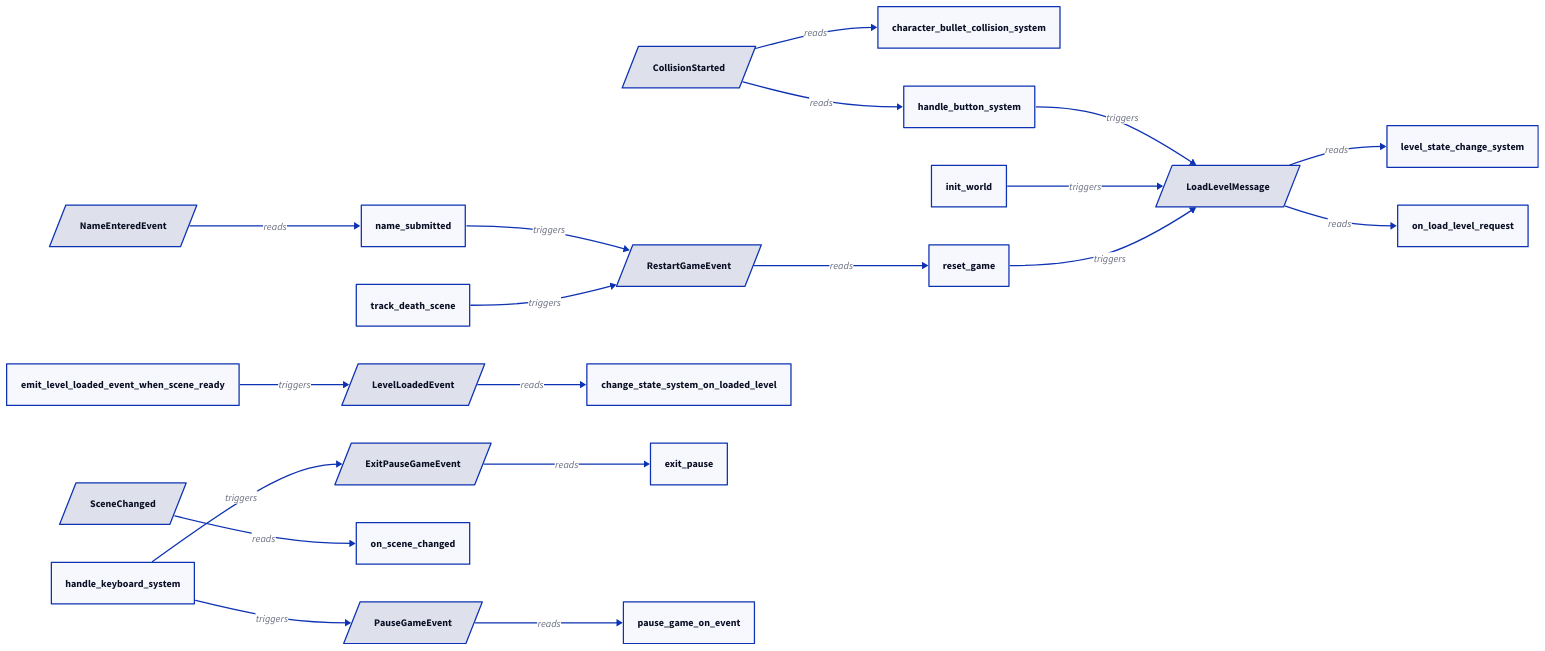
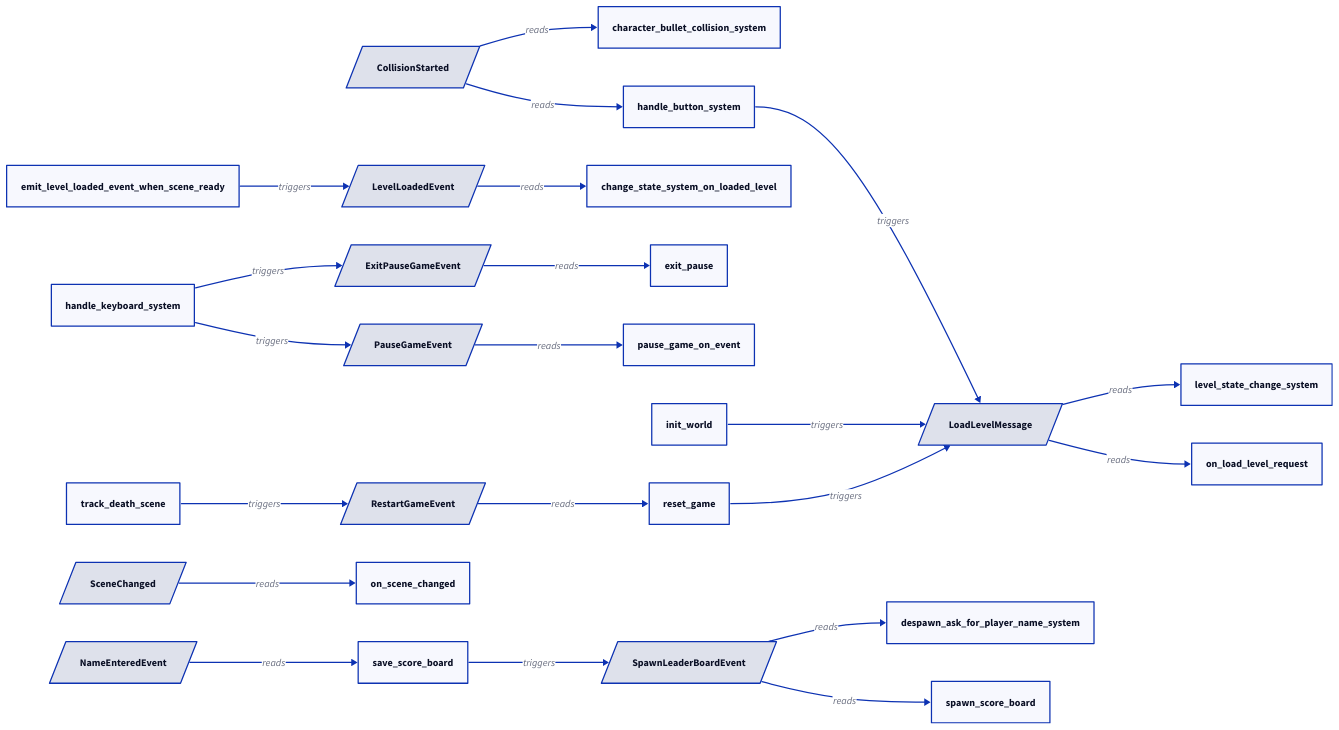
Before and after one commit to edizeqiri/BulletsOnWheels: the diagram in docs/events.d2, drawn with D2. The commit also changed 5 other files, not shown here.

Commit message:
chore: regenerate architecture diagrams

```diff
--- a/docs/events.d2
+++ b/docs/events.d2
@@ -1,44 +1,49 @@
 direction: right
 
 "CollisionStarted": { shape: parallelogram }
 "ExitPauseGameEvent": { shape: parallelogram }
 "LevelLoadedEvent": { shape: parallelogram }
 "LoadLevelMessage": { shape: parallelogram }
 "NameEnteredEvent": { shape: parallelogram }
 "PauseGameEvent": { shape: parallelogram }
 "RestartGameEvent": { shape: parallelogram }
 "SceneChanged": { shape: parallelogram }
+"SpawnLeaderBoardEvent": { shape: parallelogram }
 
 "change_state_system_on_loaded_level": { shape: rectangle }
 "character_bullet_collision_system": { shape: rectangle }
+"despawn_ask_for_player_name_system": { shape: rectangle }
 "emit_level_loaded_event_when_scene_ready": { shape: rectangle }
 "exit_pause": { shape: rectangle }
 "handle_button_system": { shape: rectangle }
 "handle_keyboard_system": { shape: rectangle }
 "init_world": { shape: rectangle }
 "level_state_change_system": { shape: rectangle }
-"name_submitted": { shape: rectangle }
 "on_load_level_request": { shape: rectangle }
 "on_scene_changed": { shape: rectangle }
 "pause_game_on_event": { shape: rectangle }
 "reset_game": { shape: rectangle }
+"save_score_board": { shape: rectangle }
+"spawn_score_board": { shape: rectangle }
 "track_death_scene": { shape: rectangle }
 
 "LevelLoadedEvent" -> "change_state_system_on_loaded_level": reads
 "CollisionStarted" -> "character_bullet_collision_system": reads
+"SpawnLeaderBoardEvent" -> "despawn_ask_for_player_name_system": reads
 "emit_level_loaded_event_when_scene_ready" -> "LevelLoadedEvent": triggers
 "ExitPauseGameEvent" -> "exit_pause": reads
 "CollisionStarted" -> "handle_button_system": reads
 "handle_button_system" -> "LoadLevelMessage": triggers
 "handle_keyboard_system" -> "ExitPauseGameEvent": triggers
 "handle_keyboard_system" -> "PauseGameEvent": triggers
 "init_world" -> "LoadLevelMessage": triggers
 "LoadLevelMessage" -> "level_state_change_system": reads
-"NameEnteredEvent" -> "name_submitted": reads
-"name_submitted" -> "RestartGameEvent": triggers
 "LoadLevelMessage" -> "on_load_level_request": reads
 "SceneChanged" -> "on_scene_changed": reads
 "PauseGameEvent" -> "pause_game_on_event": reads
 "RestartGameEvent" -> "reset_game": reads
 "reset_game" -> "LoadLevelMessage": triggers
+"NameEnteredEvent" -> "save_score_board": reads
+"save_score_board" -> "SpawnLeaderBoardEvent": triggers
+"SpawnLeaderBoardEvent" -> "spawn_score_board": reads
 "track_death_scene" -> "RestartGameEvent": triggers
```
